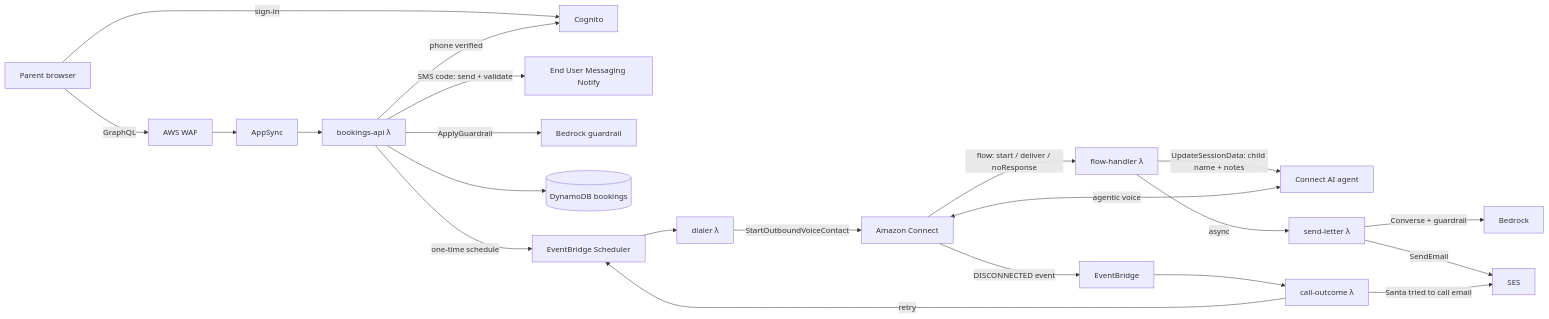
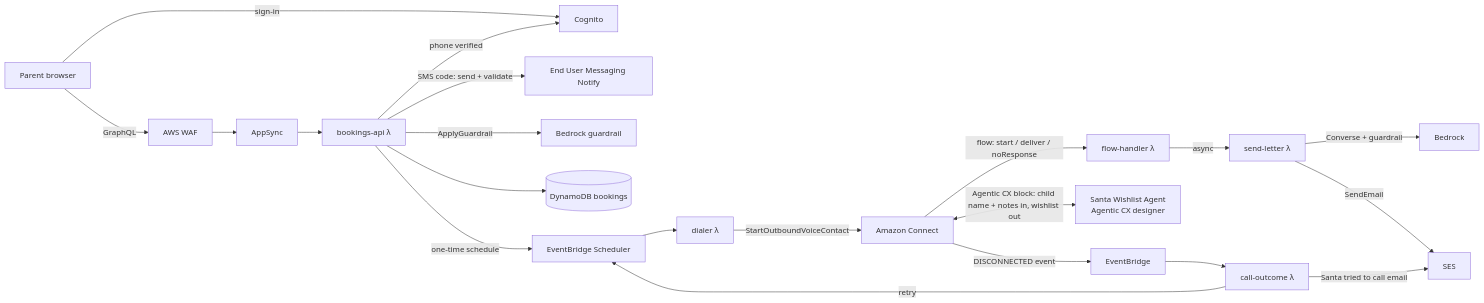
Before and after one commit to aws-samples/sample-amazon-connect-outbound-ai-santa: the diagram in README.md, drawn with Mermaid. The commit also changed other lines of this file and 84 other files, not shown here.

Commit message:
Santa agent on Agentic CX designer, US English; setup scripts in Node

````diff
--- a/README.md
+++ b/README.md
@@ -13,23 +14,22 @@
 ```mermaid
 flowchart LR
   P[Parent browser] -->|sign-in| C[Cognito]
   P -->|GraphQL| W[AWS WAF] --> A[AppSync]
   A --> B[bookings-api λ]
   B -->|SMS code: send + validate| N[End User Messaging Notify]
   B -->|phone verified| C
   B -->|ApplyGuardrail| G[Bedrock guardrail]
   B --> D[(DynamoDB bookings)]
   B -->|one-time schedule| S[EventBridge Scheduler]
   S --> DL[dialer λ]
   DL -->|StartOutboundVoiceContact| K[Amazon Connect]
   K -->|flow: start / deliver / noResponse| F[flow-handler λ]
-  F -->|UpdateSessionData: child name + notes| Q[Connect AI agent]
-  K <-->|agentic voice| Q
+  K <-->|Agentic CX block: child name + notes in, wishlist out| Q[Santa Wishlist Agent<br/>Agentic CX designer]
   F -->|async| L[send-letter λ]
   L -->|Converse + guardrail| BR[Bedrock]
   L -->|SendEmail| SES[SES]
   K -->|DISCONNECTED event| EB[EventBridge]
   EB --> O[call-outcome λ]
   O -->|retry| S
   O -->|"Santa tried to call" email| SES
 ```
````
